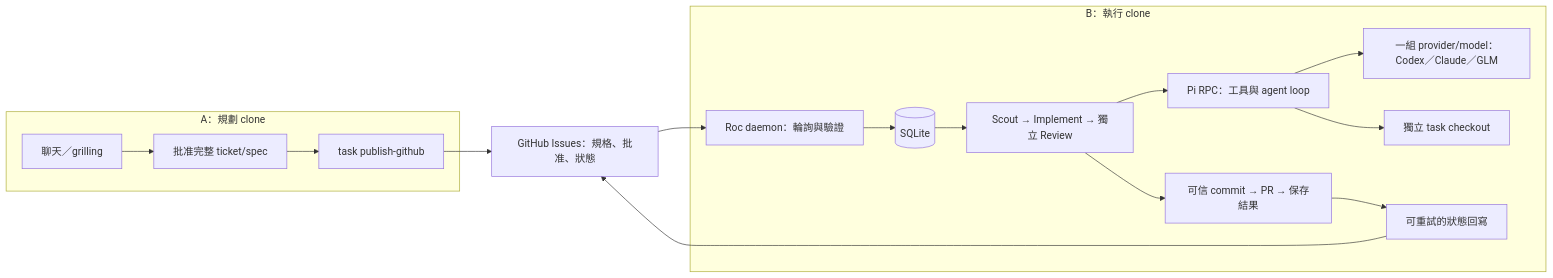
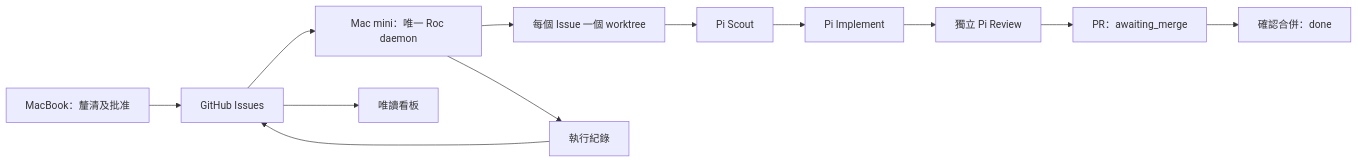
The diagram in README.details.zh-HK.md (devos-ing/Roc), drawn with Mermaid before and after one commit. The commit also changed other lines of this file and 104 other files, not shown here.

First line of the commit message:
feat: run GitHub tasks in isolated parallel worktrees

````diff
--- a/README.details.zh-HK.md
+++ b/README.details.zh-HK.md
@@ -10,19 +10,11 @@
 ```mermaid
 flowchart LR
-    subgraph A["A：規劃 clone"]
-      chat["聊天／grilling"] --> approve["批准完整 ticket/spec"]
-      approve --> publish["task publish-github"]
-    end
-    publish --> github["GitHub Issues：規格、批准、狀態"]
-    subgraph B["B：執行 clone"]
-      daemon["Roc daemon：輪詢與驗證"] --> db[("SQLite")]
-      db --> roles["Scout → Implement → 獨立 Review"]
-      roles --> pi["Pi RPC：工具與 agent loop"]
-      pi --> models["一組 provider/model：Codex／Claude／GLM"]
-      pi --> checkout["獨立 task checkout"]
-      roles --> result["可信 commit → PR → 保存結果"]
-      result --> sync["可重試的狀態回寫"]
-    end
-    github --> daemon
-    sync --> github
+    chat["MacBook：釐清及批准"] --> issues["GitHub Issues"]
+    issues --> daemon["Mac mini：唯一 Roc daemon"]
+    daemon --> worktree["每個 Issue 一個 worktree"]
+    worktree --> scout["Pi Scout"] --> implement["Pi Implement"]
+    implement --> review["獨立 Pi Review"] --> pr["PR：awaiting_merge"]
+    pr --> merge["確認合併：done"]
+    daemon --> checkpoint["執行紀錄"] --> issues
+    issues --> board["唯讀看板"]
 ```
````
